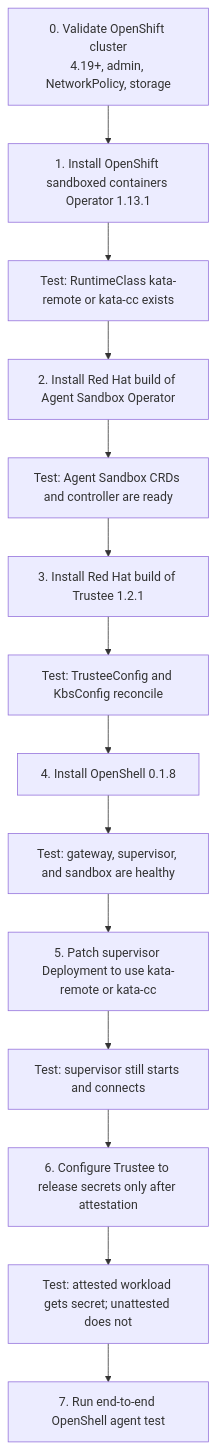
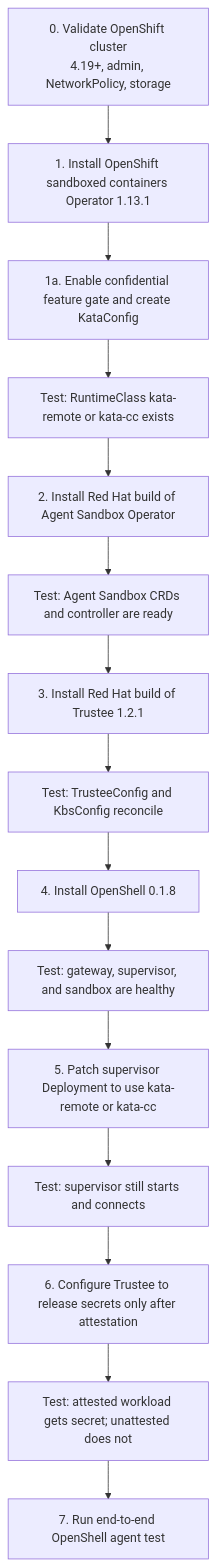
One commit to rocrisp/openshell-coco-supervisor changed the diagram in README.md. Above: the diagram before and after it, drawn with Mermaid. The commit also changed other lines of this file and 8 other files, not shown here.

Commit message:
Add confidential Kata deployment for supervisor

````diff
--- a/README.md
+++ b/README.md
@@ -21,16 +21,17 @@
 ```mermaid
 flowchart TD
     A["0. Validate OpenShift cluster<br/>4.19+, admin, NetworkPolicy, storage"] --> B["1. Install OpenShift sandboxed containers Operator 1.13.1"]
-    B --> B1["Test: RuntimeClass kata-remote or kata-cc exists"]
+    B --> K["1a. Enable confidential feature gate and create KataConfig"]
+    K --> B1["Test: RuntimeClass kata-remote or kata-cc exists"]
     B1 --> C["2. Install Red Hat build of Agent Sandbox Operator"]
     C --> C1["Test: Agent Sandbox CRDs and controller are ready"]
     C1 --> D["3. Install Red Hat build of Trustee 1.2.1"]
     D --> D1["Test: TrusteeConfig and KbsConfig reconcile"]
     D1 --> E["4. Install OpenShell 0.1.8"]
     E --> E1["Test: gateway, supervisor, and sandbox are healthy"]
     E1 --> F["5. Patch supervisor Deployment to use kata-remote or kata-cc"]
     F --> F1["Test: supervisor still starts and connects"]
     F1 --> G["6. Configure Trustee to release secrets only after attestation"]
     G --> G1["Test: attested workload gets secret; unattested does not"]
     G1 --> H["7. Run end-to-end OpenShell agent test"]
 ```
````
